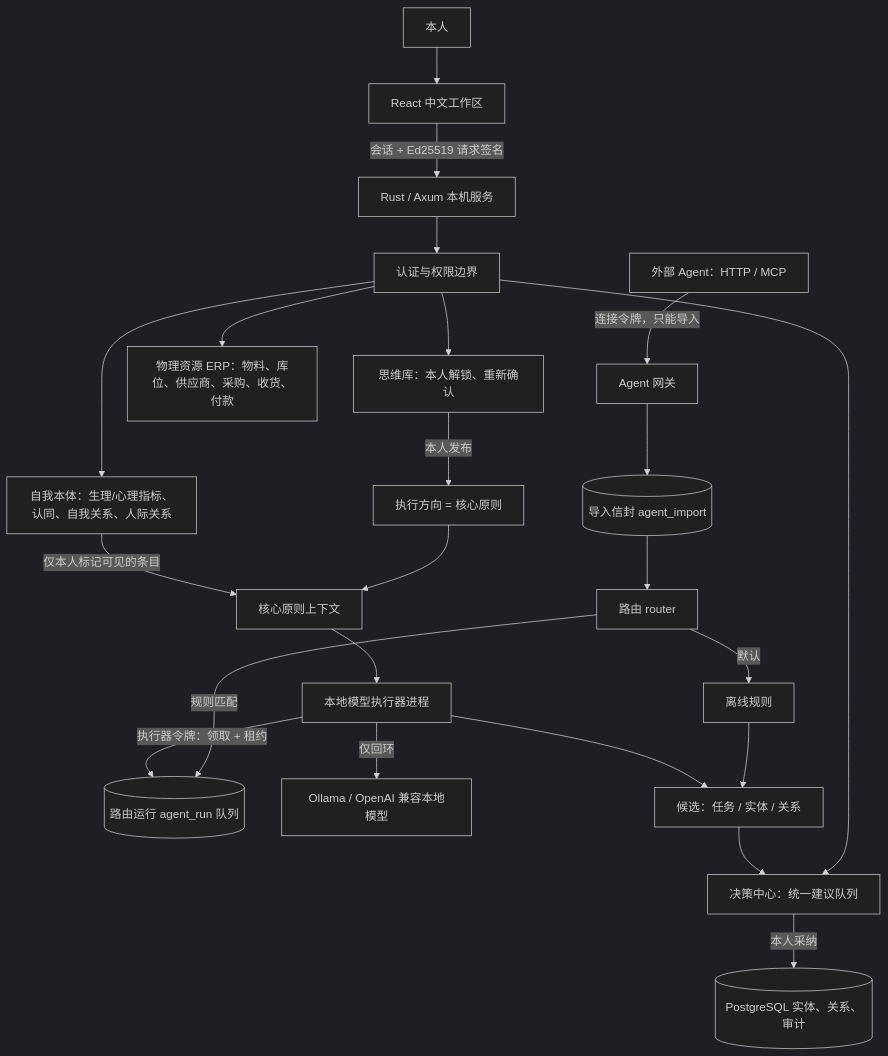
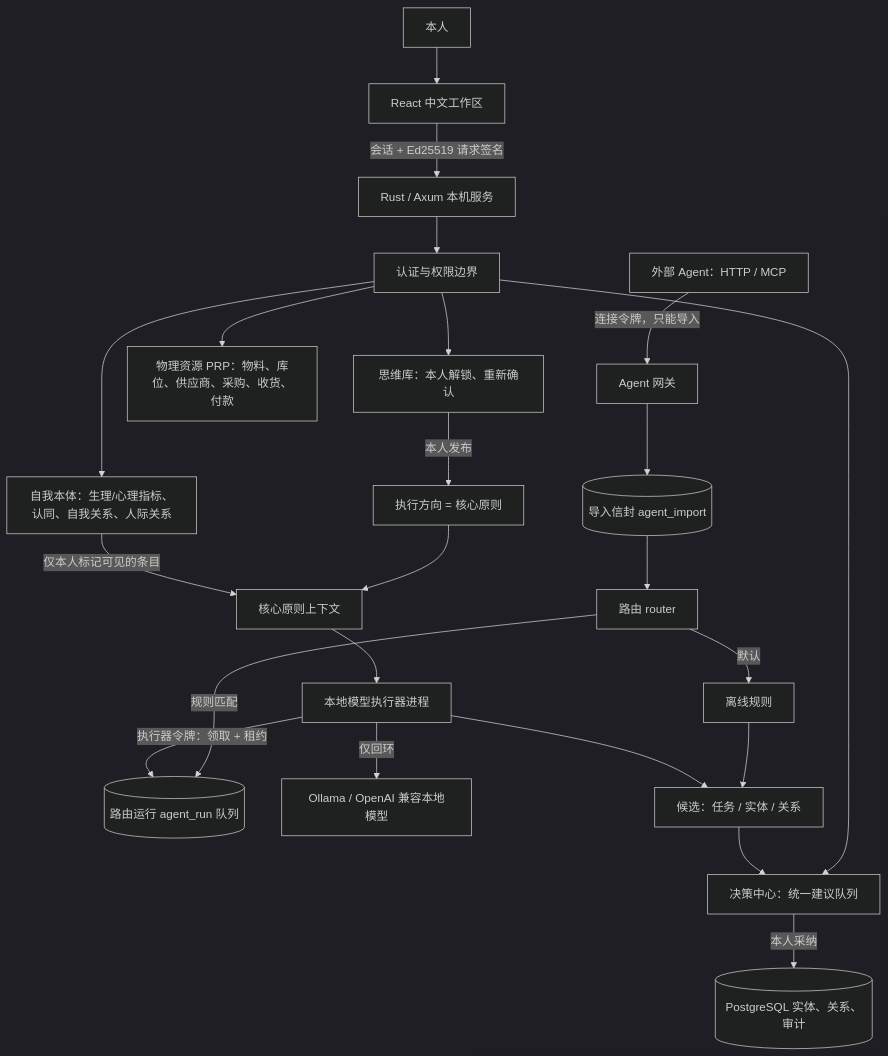
One commit to selfevo-AI/prm changed the diagram in docs/ARCHITECTURE.md. Above: the diagram before and after it, drawn with Mermaid (dark theme). The commit also changed other lines of this file and 25 other files, not shown here.

Commit message:
Rename physical-world ERP module to PRP (personal resource planning); ontology layer id, docs and rustfmt updates; remove superseded local-agent script

````diff
--- a/docs/ARCHITECTURE.md
+++ b/docs/ARCHITECTURE.md
@@ -48,25 +48,25 @@
 ```mermaid
 flowchart TB
     U[本人] --> UI[React 中文工作区]
     UI -->|会话 + Ed25519 请求签名| S[Rust / Axum 本机服务]
     S --> G[认证与权限边界]
     G --> V[思维库：本人解锁、重新确认]
     G --> SELF[自我本体：生理/心理指标、认同、自我关系、人际关系]
-    G --> ERP[物理资源 ERP：物料、库位、供应商、采购、收货、付款]
+    G --> PRP[物理资源 PRP：物料、库位、供应商、采购、收货、付款]
     G --> DEC[决策中心：统一建议队列]
     V -->|本人发布| DIR[执行方向 = 核心原则]
     X[外部 Agent：HTTP / MCP] -->|连接令牌，只能导入| GW[Agent 网关]
     GW --> IMP[(导入信封 agent_import)]
     IMP --> R[路由 router]
     R -->|默认| OFF[离线规则]
     R -->|规则匹配| Q[(路由运行 agent_run 队列)]
     W[本地模型执行器进程] -->|执行器令牌：领取 + 租约| Q
     W -->|仅回环| LLM[Ollama / OpenAI 兼容本地模型]
     DIR --> P[核心原则上下文]
     SELF -->|仅本人标记可见的条目| P
     P --> W
     OFF --> C[候选：任务 / 实体 / 关系]
     W --> C
     C --> DEC
     DEC -->|本人采纳| ONT[(PostgreSQL 实体、关系、审计)]
 ```
````
